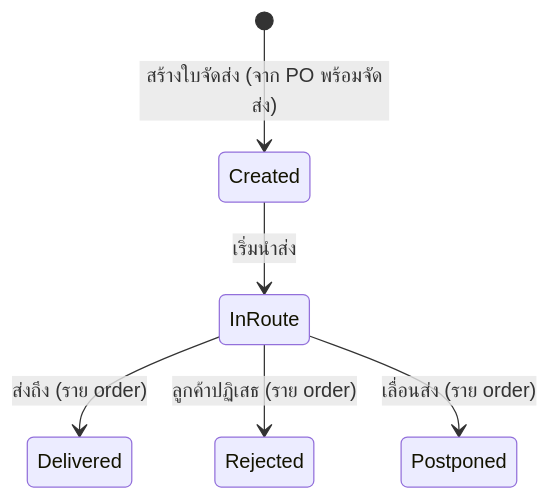
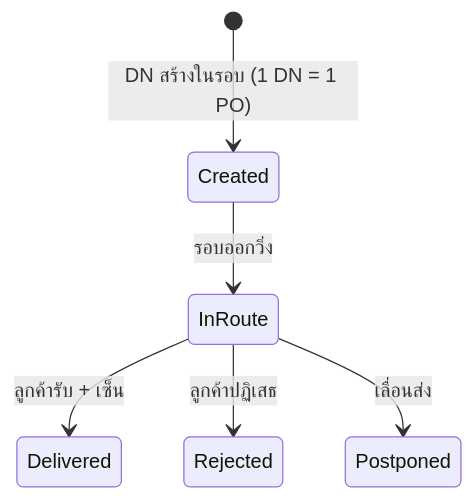
One commit to sitthi-phat/erp-cosmetics-manufacturing-module changed the sixth of 8 diagrams in docs/requirements/erp-v2-ui-first/status-journeys.md. Above: the diagram before and after it, drawn with Mermaid. The commit also changed other lines of this file and 2 other files, not shown here.

````diff
--- a/docs/requirements/erp-v2-ui-first/status-journeys.md
+++ b/docs/requirements/erp-v2-ui-first/status-journeys.md
@@ -130,8 +150,8 @@
 ```mermaid
 stateDiagram-v2
-    [*] --> Created: สร้างใบจัดส่ง (จาก PO พร้อมจัดส่ง)
-    Created --> InRoute: เริ่มนำส่ง
-    InRoute --> Delivered: ส่งถึง (ราย order)
-    InRoute --> Rejected: ลูกค้าปฏิเสธ (ราย order)
-    InRoute --> Postponed: เลื่อนส่ง (ราย order)
+    [*] --> Created: DN สร้างในรอบ (1 DN = 1 PO)
+    Created --> InRoute: รอบออกวิ่ง
+    InRoute --> Delivered: ลูกค้ารับ + เซ็น
+    InRoute --> Rejected: ลูกค้าปฏิเสธ
+    InRoute --> Postponed: เลื่อนส่ง
 ```
````
